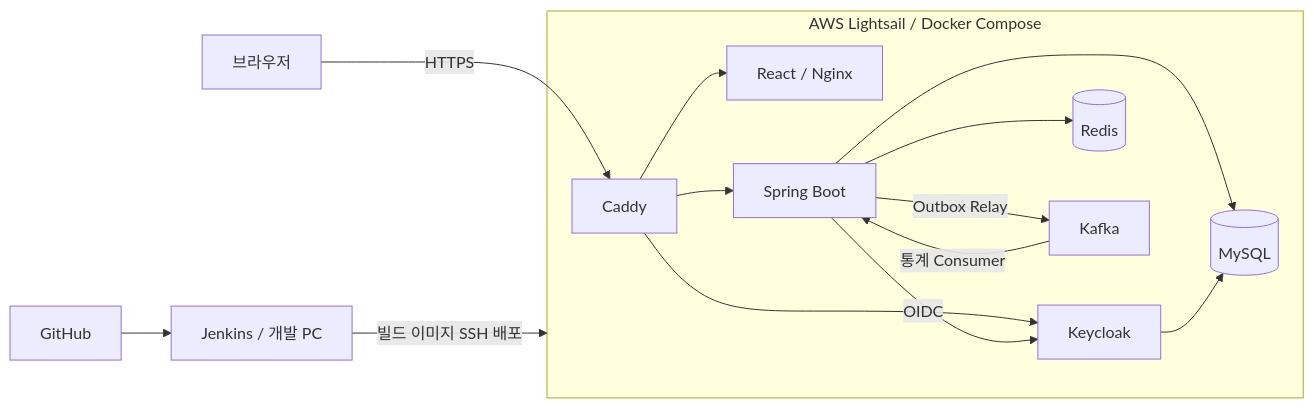
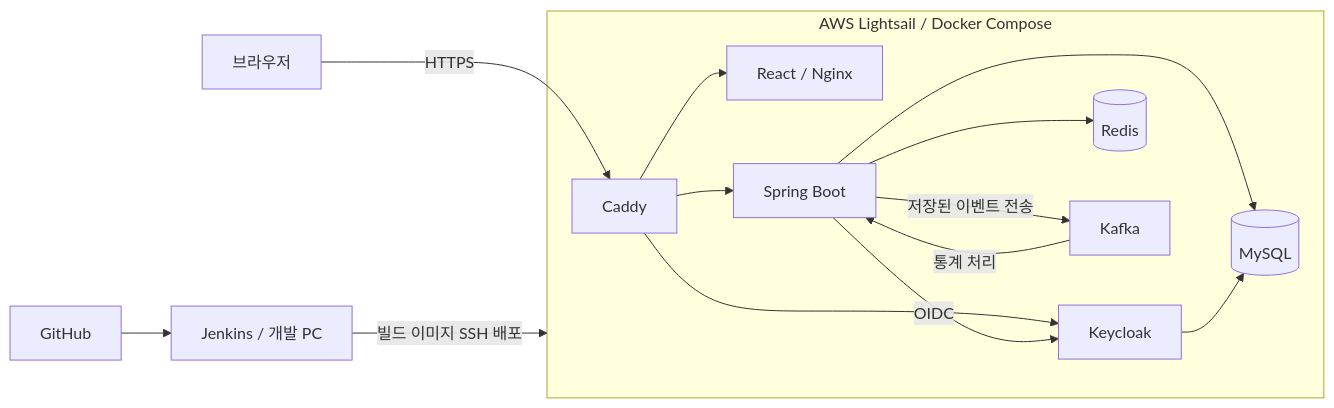
The diagram in README.md (whdcks0101-beep/admin-api), drawn with Mermaid before and after one commit. The commit also changed other lines of this file and 6 other files, not shown here.

````diff
--- a/README.md
+++ b/README.md
@@ -36,17 +36,17 @@
 ```mermaid
 flowchart LR
   U[브라우저] -->|HTTPS| C
   subgraph AWS[AWS Lightsail / Docker Compose]
     C[Caddy] --> F[React / Nginx]
     C --> A[Spring Boot]
     C --> K[Keycloak]
     A --> M[(MySQL)]
     K --> M
     A --> R[(Redis)]
-    A -->|Outbox Relay| Q[Kafka]
-    Q -->|통계 Consumer| A
+    A -->|저장된 이벤트 전송| Q[Kafka]
+    Q -->|통계 처리| A
     A -->|OIDC| K
   end
   G[GitHub] --> J[Jenkins / 개발 PC]
   J -->|빌드 이미지 SSH 배포| AWS
 ```
````
